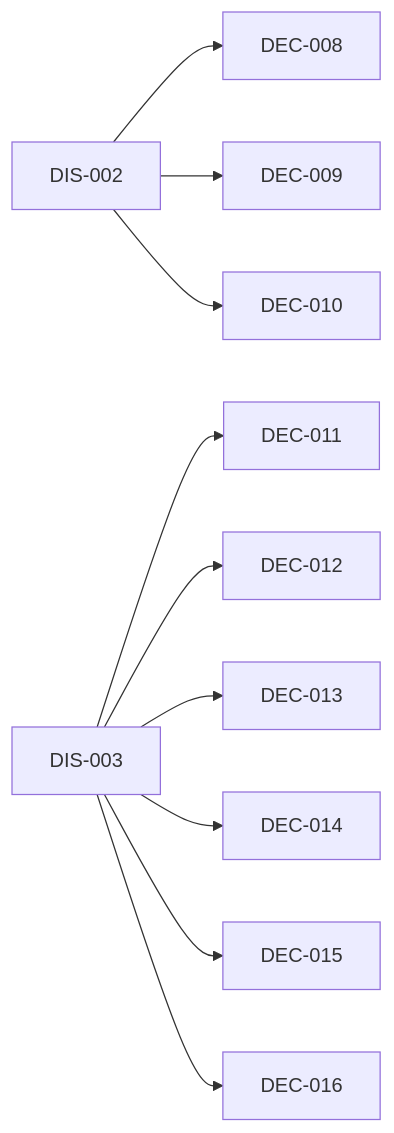
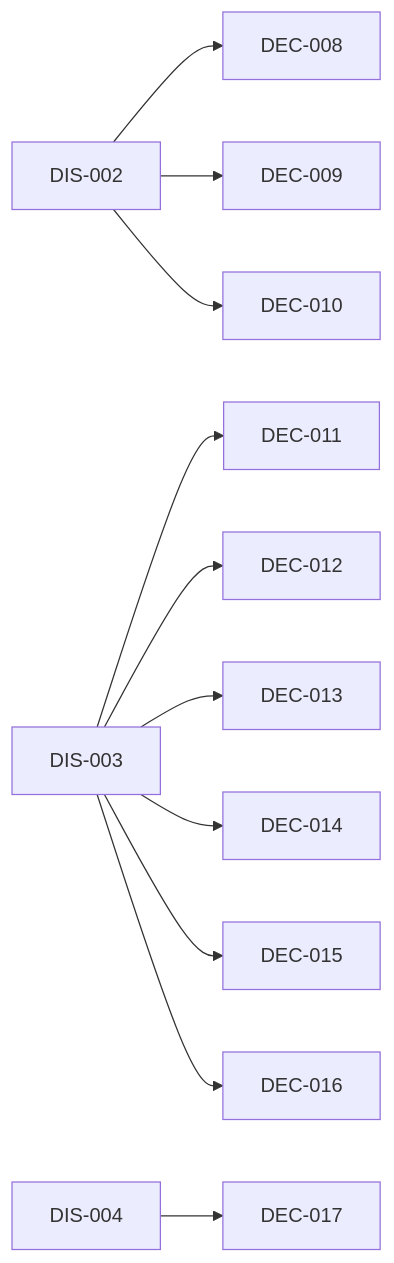
Before and after one commit to amartis/sonoai_research_notes: the diagram in INDEX.md, drawn with Mermaid. The commit also changed other lines of this file and 2 other files, not shown here.

Commit message:
Add DIS-004 and DEC-017 (proposed): B-mode box cropper

````diff
--- a/INDEX.md
+++ b/INDEX.md
@@ -38,12 +40,13 @@
 ```mermaid
 flowchart LR
   DIS_002[DIS-002] --> DEC_008[DEC-008]
   DIS_002[DIS-002] --> DEC_009[DEC-009]
   DIS_002[DIS-002] --> DEC_010[DEC-010]
   DIS_003[DIS-003] --> DEC_011[DEC-011]
   DIS_003[DIS-003] --> DEC_012[DEC-012]
   DIS_003[DIS-003] --> DEC_013[DEC-013]
   DIS_003[DIS-003] --> DEC_014[DEC-014]
   DIS_003[DIS-003] --> DEC_015[DEC-015]
   DIS_003[DIS-003] --> DEC_016[DEC-016]
+  DIS_004[DIS-004] --> DEC_017[DEC-017]
 ```
````
